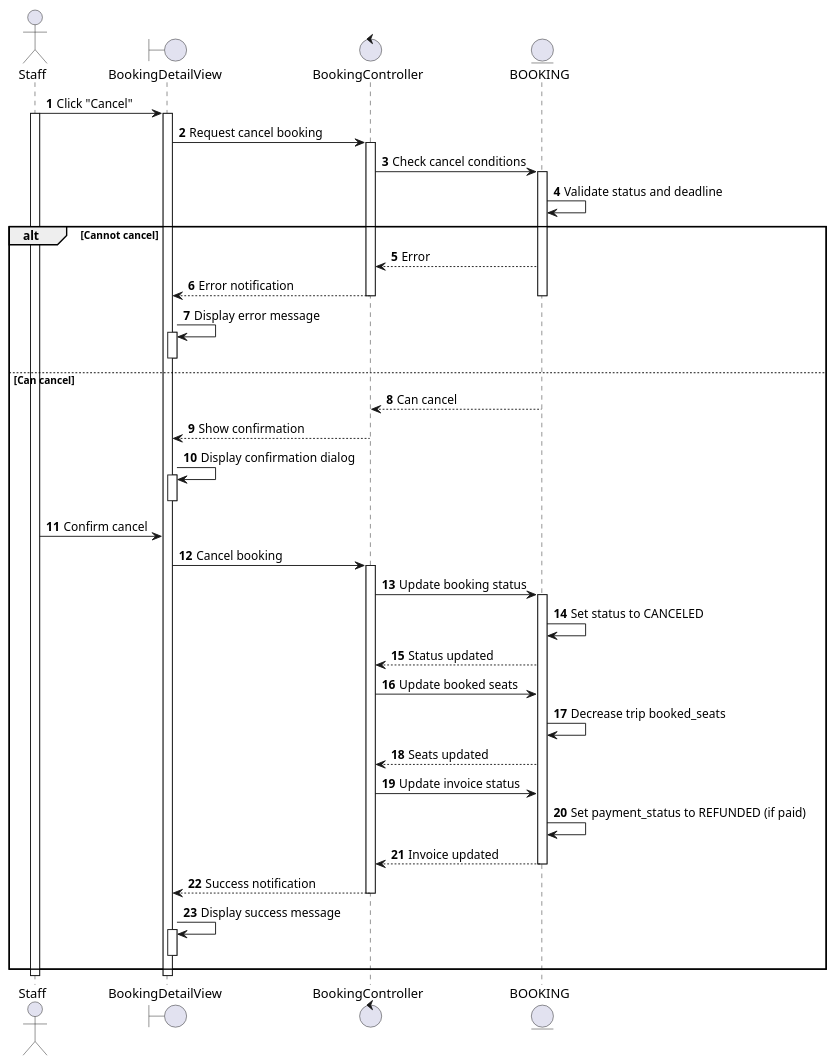
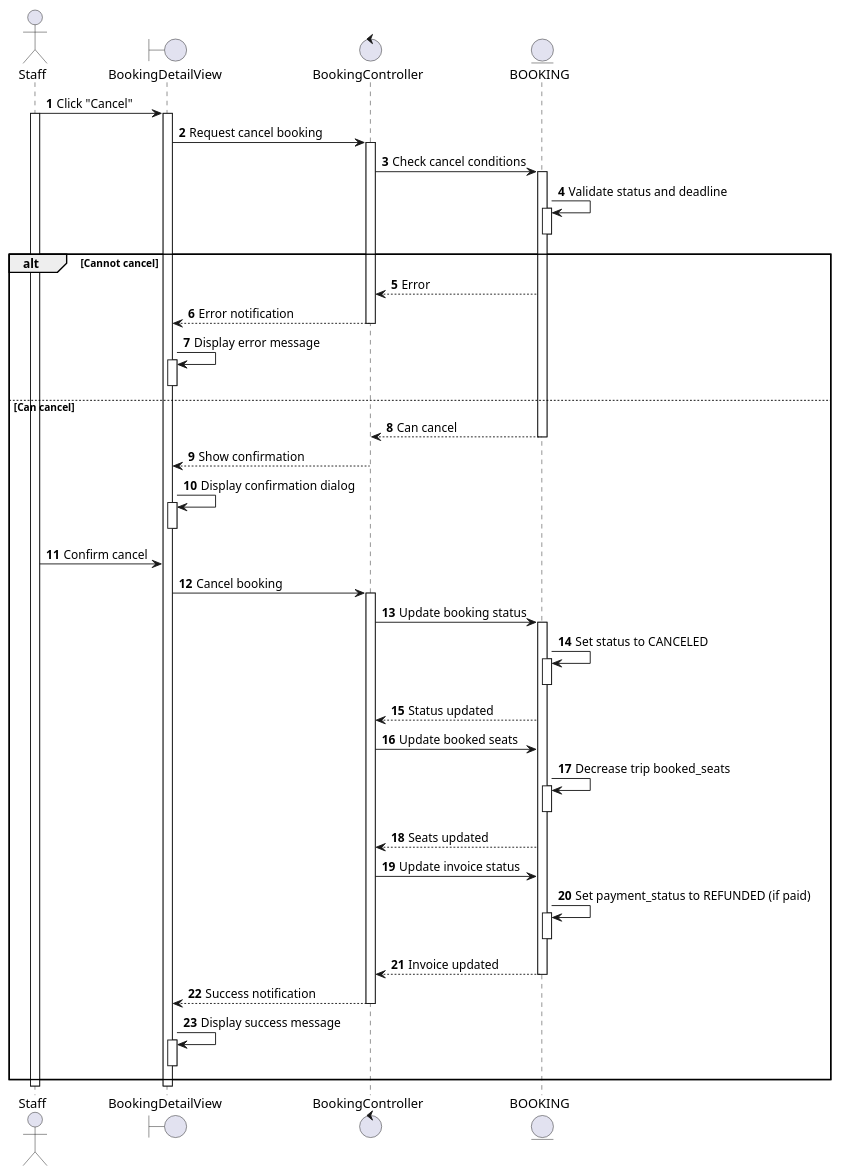
One commit to se113-wm/se113-wm.github.io changed the diagram in docs/docs/sequence/adjust-and-track-bookings/delete-booking.md. Above: the diagram before and after it, drawn with PlantUML. The commit also changed 37 other files, not shown here.

First line of the commit message:
Refactor sequence diagrams for booking and trip management

````diff
--- a/docs/docs/sequence/adjust-and-track-bookings/delete-booking.md
+++ b/docs/docs/sequence/adjust-and-track-bookings/delete-booking.md
@@ -3,61 +3,68 @@
 ```plantuml
 @startuml
 autonumber
 
 actor Staff as S
 boundary BookingDetailView as BDV
 control BookingController as BC
 entity BOOKING as B
 
 S -> BDV: Click "Cancel"
 activate S
 activate BDV
 BDV -> BC: Request cancel booking
 activate BC
 BC -> B: Check cancel conditions
 activate B
 B -> B: Validate status and deadline
+activate B
+deactivate B
 
 alt Cannot cancel
   BC <-- B: Error
   BDV <-- BC: Error notification
   deactivate BC
-  deactivate B
   BDV -> BDV: Display error message
   activate BDV
   deactivate BDV
 else Can cancel
   BC <-- B: Can cancel
   deactivate B
   BDV <-- BC: Show confirmation
   deactivate BC
   BDV -> BDV: Display confirmation dialog
   activate BDV
   deactivate BDV
 
   S -> BDV: Confirm cancel
   BDV -> BC: Cancel booking
   activate BC
   BC -> B: Update booking status
   activate B
   B -> B: Set status to CANCELED
+  activate B
+  deactivate B
   BC <-- B: Status updated
   BC -> B: Update booked seats
   B -> B: Decrease trip booked_seats
+  activate B
+  deactivate B
   BC <-- B: Seats updated
   BC -> B: Update invoice status
   B -> B: Set payment_status to REFUNDED (if paid)
+  activate B
+  deactivate B
   BC <-- B: Invoice updated
   deactivate B
   BDV <-- BC: Success notification
   deactivate BC
   BDV -> BDV: Display success message
   activate BDV
   deactivate BDV
 end
 
 deactivate BDV
 deactivate S
 
 @enduml
 ```
````
